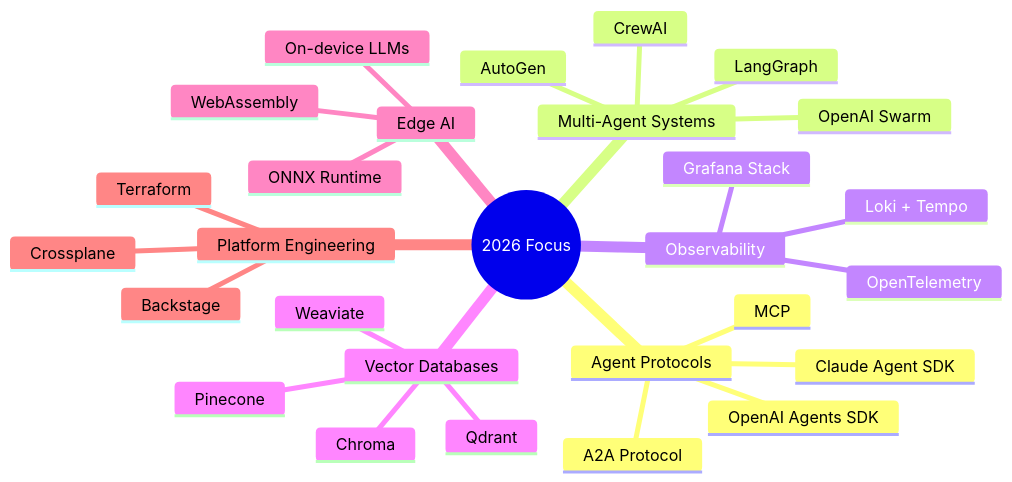
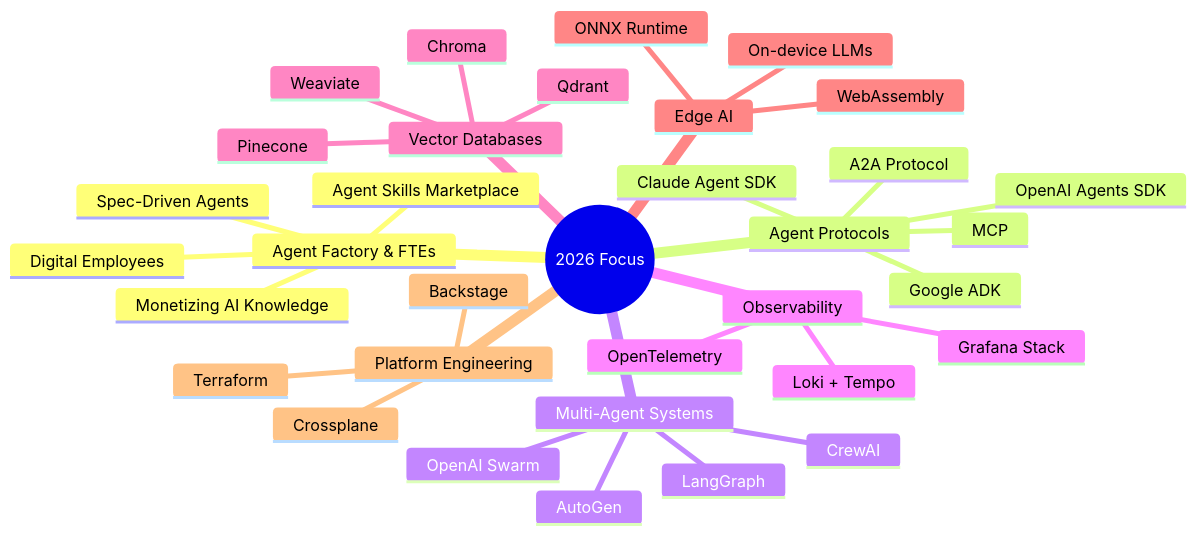
Before and after one commit to asadullah48/asadullah48: the second of 2 diagrams in README.md, drawn with Mermaid. The commit also changed other lines of this file, not shown here.

First line of the commit message:
docs: update profile — all hackathons complete, add Agent Factory vision & 2026 roadmap

````diff
--- a/README.md
+++ b/README.md
@@ -200,31 +224,37 @@
 ```mermaid
 mindmap
   root((2026 Focus))
+    Agent Factory & FTEs
+      Digital Employees
+      Spec-Driven Agents
+      Agent Skills Marketplace
+      Monetizing AI Knowledge
     Agent Protocols
       MCP
       A2A Protocol
       Claude Agent SDK
       OpenAI Agents SDK
+      Google ADK
     Multi-Agent Systems
       LangGraph
       CrewAI
       AutoGen
       OpenAI Swarm
     Observability
       OpenTelemetry
       Grafana Stack
       Loki + Tempo
     Vector Databases
       Pinecone
       Qdrant
       Chroma
       Weaviate
     Edge AI
       WebAssembly
       ONNX Runtime
       On-device LLMs
     Platform Engineering
       Backstage
       Crossplane
       Terraform
 ```
````
